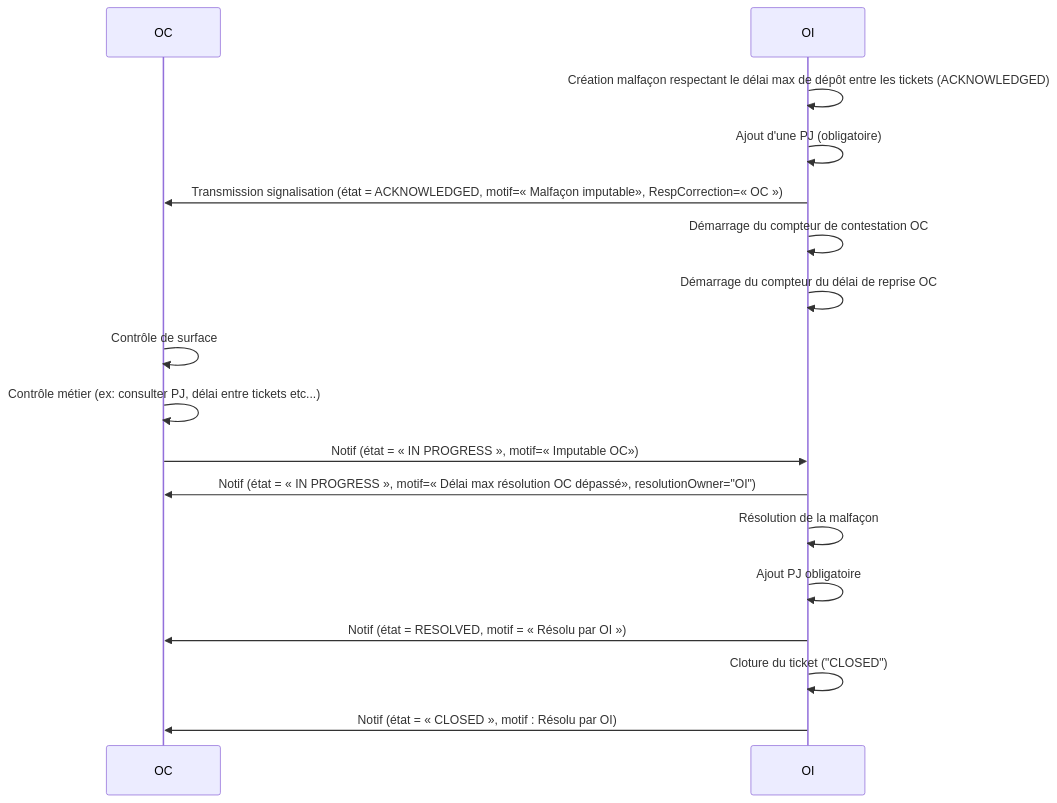
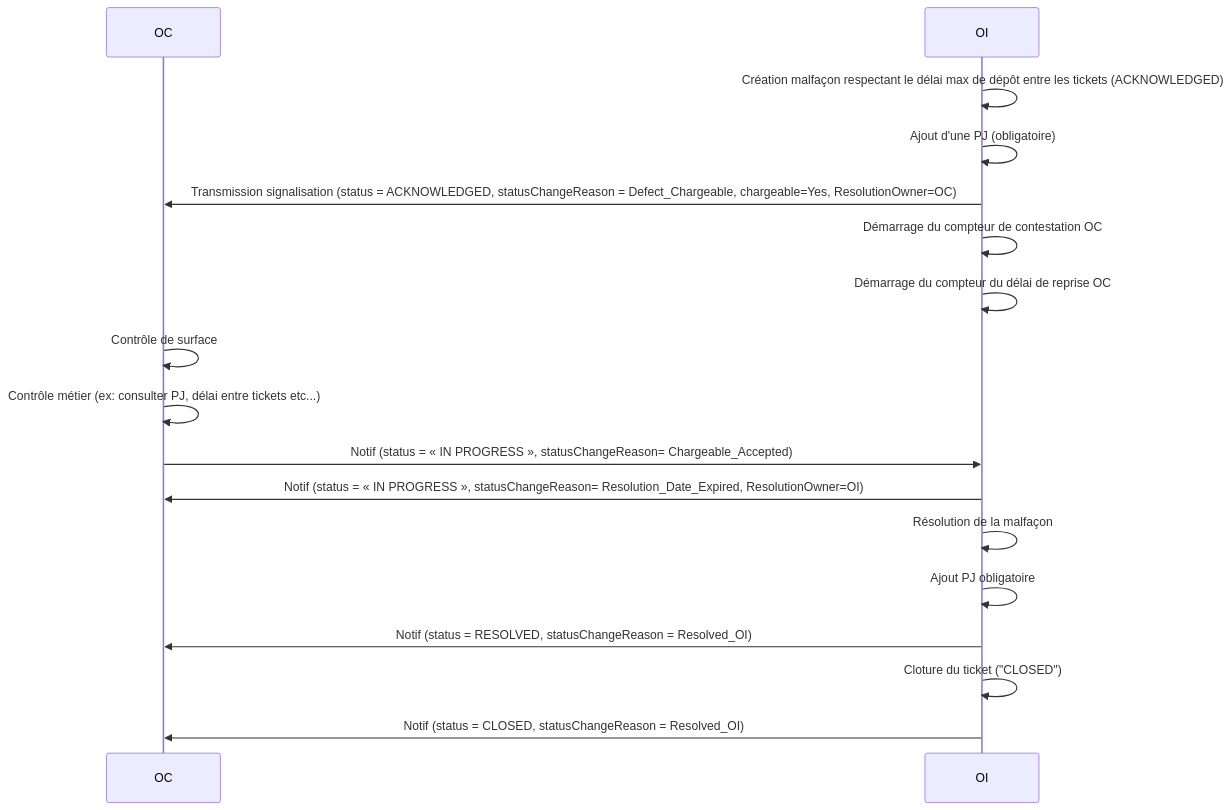
The fifth of 14 diagrams in README.md (before-interop/malfacon), drawn with Mermaid before and after one commit. The commit also changed other lines of this file and 1 other file, not shown here.

````diff
--- a/README.md
+++ b/README.md
@@ -341,21 +334,21 @@
 ```mermaid
 sequenceDiagram
 
   participant OC
   participant OI
 
   OI->>OI: Création malfaçon respectant le délai max de dépôt entre les tickets (ACKNOWLEDGED)
   OI->>OI: Ajout d'une PJ (obligatoire)
-  OI->>OC: Transmission signalisation (état = ACKNOWLEDGED, motif=« Malfaçon imputable», RespCorrection=« OC »)
+  OI->>OC: Transmission signalisation (status = ACKNOWLEDGED, statusChangeReason = Defect_Chargeable, chargeable=Yes, ResolutionOwner=OC)
   OI->>OI: Démarrage du compteur de contestation OC
   OI->>OI: Démarrage du compteur du délai de reprise OC
   OC->>OC: Contrôle de surface
   OC->>OC: Contrôle métier (ex: consulter PJ, délai entre tickets etc...)
-  OC->>OI: Notif (état = « IN PROGRESS », motif=« Imputable OC»)
-  OI->>OC: Notif (état = « IN PROGRESS », motif=« Délai max résolution OC dépassé», resolutionOwner="OI")
+  OC->>OI: Notif (status = « IN PROGRESS », statusChangeReason= Chargeable_Accepted)
+  OI->>OC: Notif (status = « IN PROGRESS », statusChangeReason= Resolution_Date_Expired, ResolutionOwner=OI)
   OI->>OI: Résolution de la malfaçon
   OI->>OI: Ajout PJ obligatoire
-  OI->>OC: Notif (état = RESOLVED, motif = « Résolu par OI »)
+  OI->>OC: Notif (status = RESOLVED, statusChangeReason = Resolved_OI)
   OI->>OI: Cloture du ticket ("CLOSED")
-  OI->>OC: Notif (état = « CLOSED », motif : Résolu par OI)
+  OI->>OC: Notif (status = CLOSED, statusChangeReason = Resolved_OI)
 ```
````
